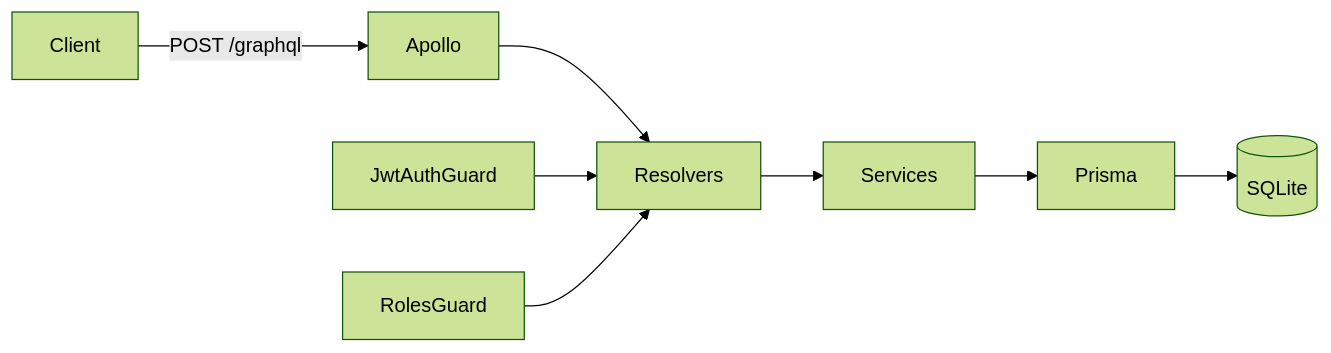
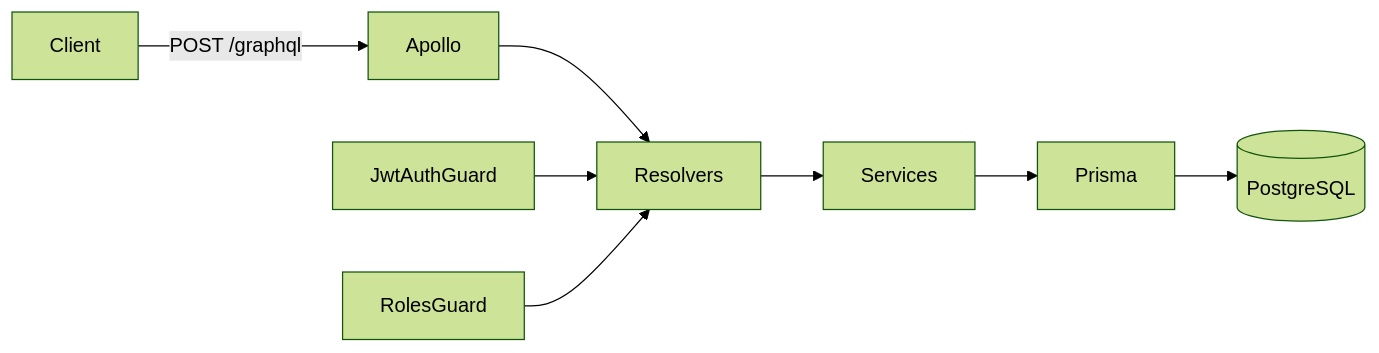
The diagram in docs/ARCHITECTURE.md (Navi12-18/slooze-backend-assignment), drawn with Mermaid (forest theme) before and after one commit. The commit also changed other lines of this file and 19 other files, not shown here.

Commit message:
migrated from sqlite to postgreSQL

````diff
--- a/docs/ARCHITECTURE.md
+++ b/docs/ARCHITECTURE.md
@@ -7,10 +7,10 @@
 ```mermaid
 flowchart LR
   Client -->|POST /graphql| Apollo
   Apollo --> Resolvers
   Resolvers --> Services
   Services --> Prisma
-  Prisma --> SQLite[(SQLite)]
+  Prisma --> Postgres[(PostgreSQL)]
   JwtAuthGuard --> Resolvers
   RolesGuard --> Resolvers
 ```
````
